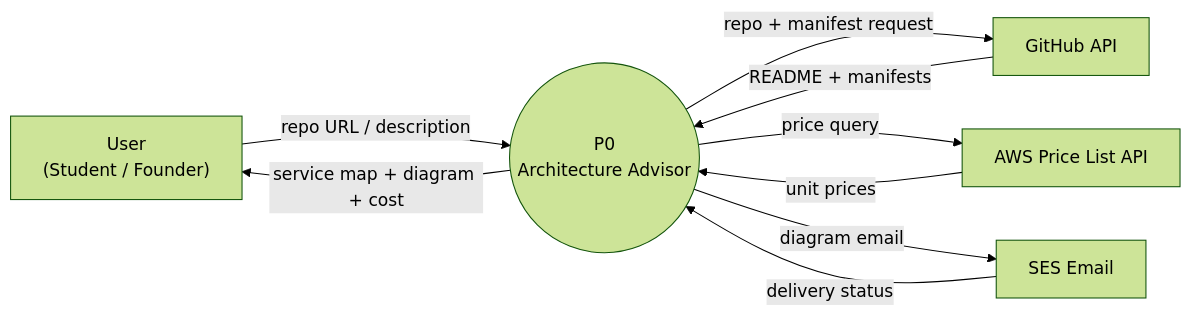
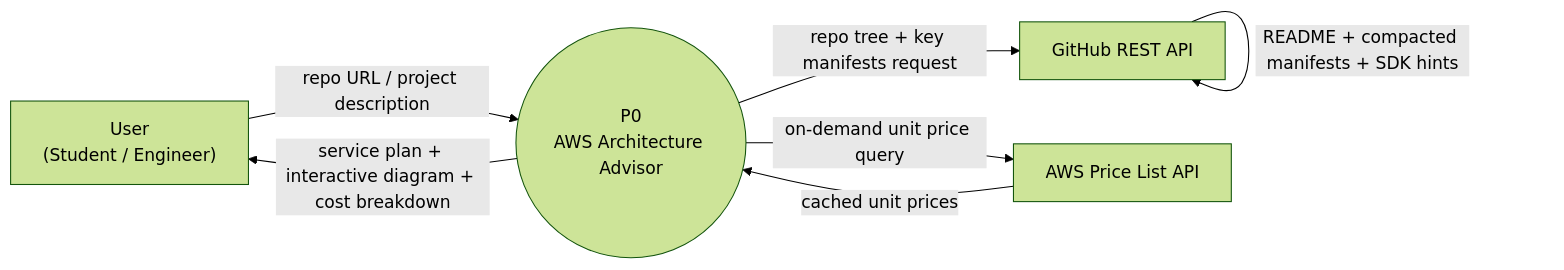
The fifth of 7 diagrams in DIAGRAMS.md (Jaimin-chavda/AWS-Architecture-And-Cost-Estimation-Tool), drawn with Mermaid (forest theme) before and after one commit. The commit also changed other lines of this file and 3 other files, not shown here.

Commit message:
docs: update DIAGRAMS.md, FLOW.md, TIMELINE.md, and DECISIONS.md to reflect current diagram engine and workspace implementation

````diff
--- a/DIAGRAMS.md
+++ b/DIAGRAMS.md
@@ -97,17 +97,14 @@
 ```mermaid
 flowchart LR
-    User["User<br/>(Student / Founder)"]
-    GH["GitHub API"]
+    User["User<br/>(Student / Engineer)"]
+    GH["GitHub REST API"]
     PRICE["AWS Price List API"]
-    Mail["SES Email"]
-    P0(("P0<br/>Architecture Advisor"))
+    P0(("P0<br/>AWS Architecture Advisor"))
 
-    User -->|repo URL / description| P0
-    P0 -->|service map + diagram + cost| User
-    P0 -->|repo + manifest request| GH
-    GH -->|README + manifests| P0
-    P0 -->|price query| PRICE
-    PRICE -->|unit prices| P0
-    P0 -->|diagram email| Mail
-    Mail -->|delivery status| P0
+    User -->|repo URL / project description| P0
+    P0 -->|service plan + interactive diagram + cost breakdown| User
+    P0 -->|repo tree + key manifests request| GH
+    GH -->|README + compacted manifests + SDK hints| GH
+    P0 -->|on-demand unit price query| PRICE
+    PRICE -->|cached unit prices| P0
 ```
````
